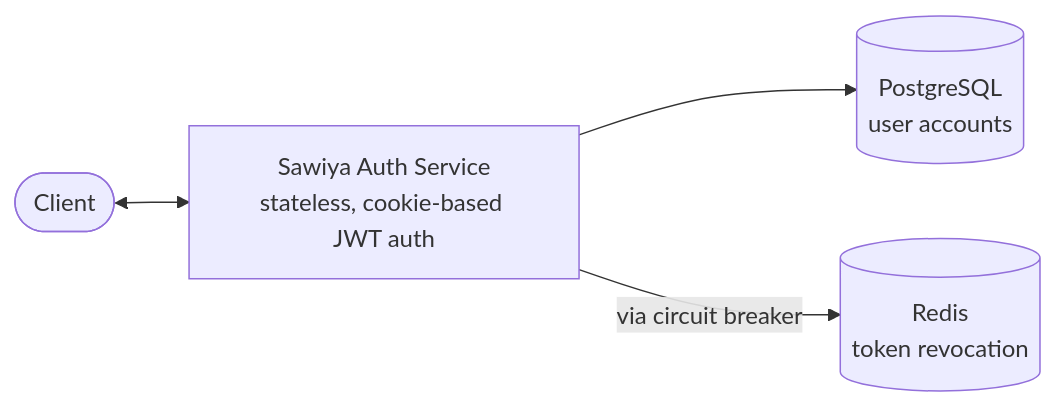
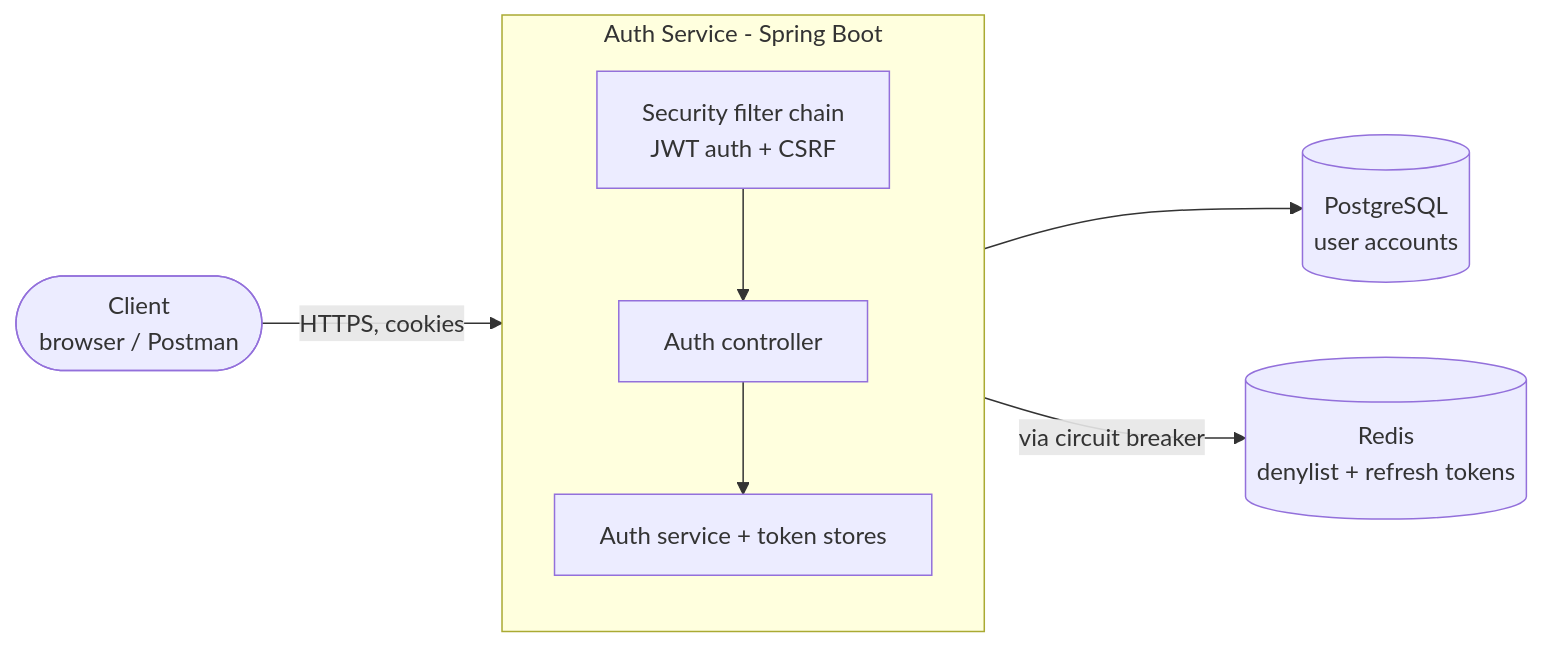
Before and after one commit to nethunirajapakse/sawiya-auth-service: the diagram in README.md, drawn with Mermaid.

Commit message:
Revise Auth Service flowchart in README
Updated flowchart in README to reflect changes in the Auth Service architecture and Redis usage.

````diff
--- a/README.md
+++ b/README.md
@@ -22,11 +22,19 @@
 ```mermaid
 flowchart LR
-    Client(["Client"])
-    Auth["Sawiya Auth Service<br/>stateless, cookie-based JWT auth"]
+    Client(["Client<br/>browser / Postman"])
+
+    subgraph App["Auth Service - Spring Boot"]
+        direction TB
+        Filters["Security filter chain<br/>JWT auth + CSRF"]
+        Controller["Auth controller"]
+        Service["Auth service + token stores"]
+        Filters --> Controller --> Service
+    end
+
     Postgres[("PostgreSQL<br/>user accounts")]
-    Redis[("Redis<br/>token revocation")]
+    Redis[("Redis<br/>denylist + refresh tokens")]
 
-    Client <--> Auth
-    Auth --> Postgres
-    Auth -- "via circuit breaker" --> Redis
+    Client -- "HTTPS, cookies" --> Filters
+    Service --> Postgres
+    App -- "via circuit breaker" --> Redis
 ```
````
